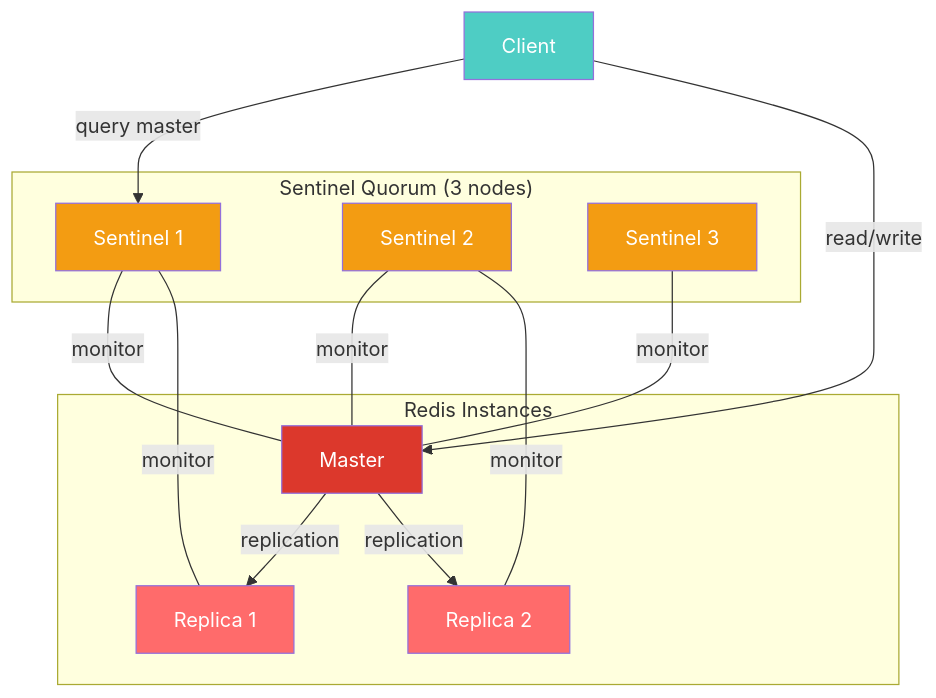
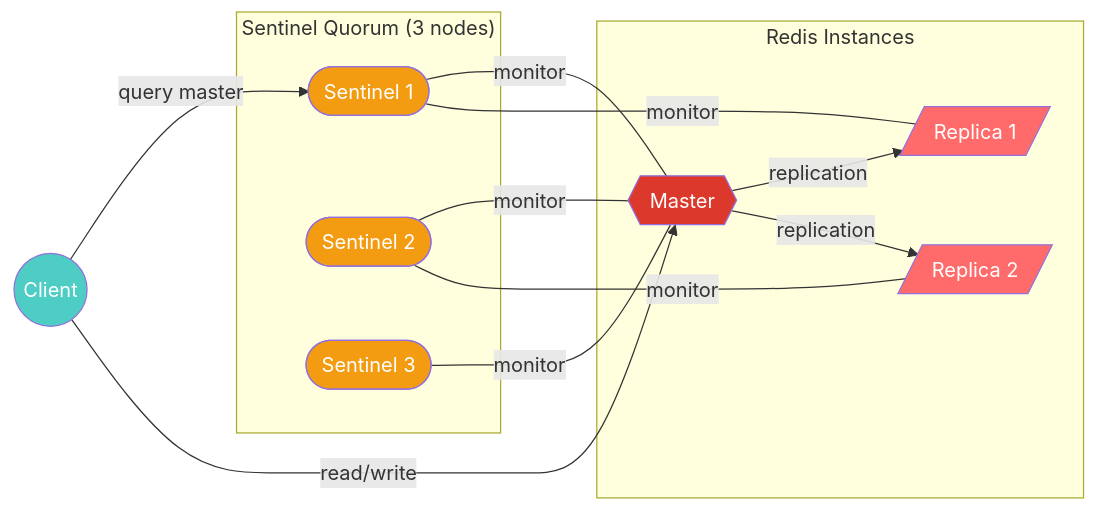
Before and after one commit to saivamsikaruturi/vamsilabs-dev-notes-main: the seventh of 9 diagrams in docs/redis.md, drawn with Mermaid. The commit also changed other lines of this file and 146 other files, not shown here.

Commit message:
Horizontal diagrams, UML class diagrams, typography overhaul, and permalink cleanup

````diff
--- a/docs/redis.md
+++ b/docs/redis.md
@@ -397,33 +397,33 @@
 ```mermaid
-graph TB
+flowchart LR
     subgraph Sentinels["Sentinel Quorum (3 nodes)"]
-        S1[Sentinel 1]
-        S2[Sentinel 2]
-        S3[Sentinel 3]
+        S1(["Sentinel 1"])
+        S2(["Sentinel 2"])
+        S3(["Sentinel 3"])
     end
 
     subgraph Redis["Redis Instances"]
-        M[Master]
-        R1[Replica 1]
-        R2[Replica 2]
+        M{{"Master"}}
+        R1[/"Replica 1"/]
+        R2[/"Replica 2"/]
         M -->|replication| R1
         M -->|replication| R2
     end
 
     S1 ---|monitor| M
     S2 ---|monitor| M
     S3 ---|monitor| M
     S1 ---|monitor| R1
     S2 ---|monitor| R2
 
-    Client[Client] -->|query master| S1
+    Client(("Client")) -->|query master| S1
     Client -->|read/write| M
 
     style M fill:#dc382c,color:#fff
     style R1 fill:#ff6b6b,color:#fff
     style R2 fill:#ff6b6b,color:#fff
     style S1 fill:#f39c12,color:#fff
     style S2 fill:#f39c12,color:#fff
     style S3 fill:#f39c12,color:#fff
     style Client fill:#4ecdc4,color:#fff
 ```
````
